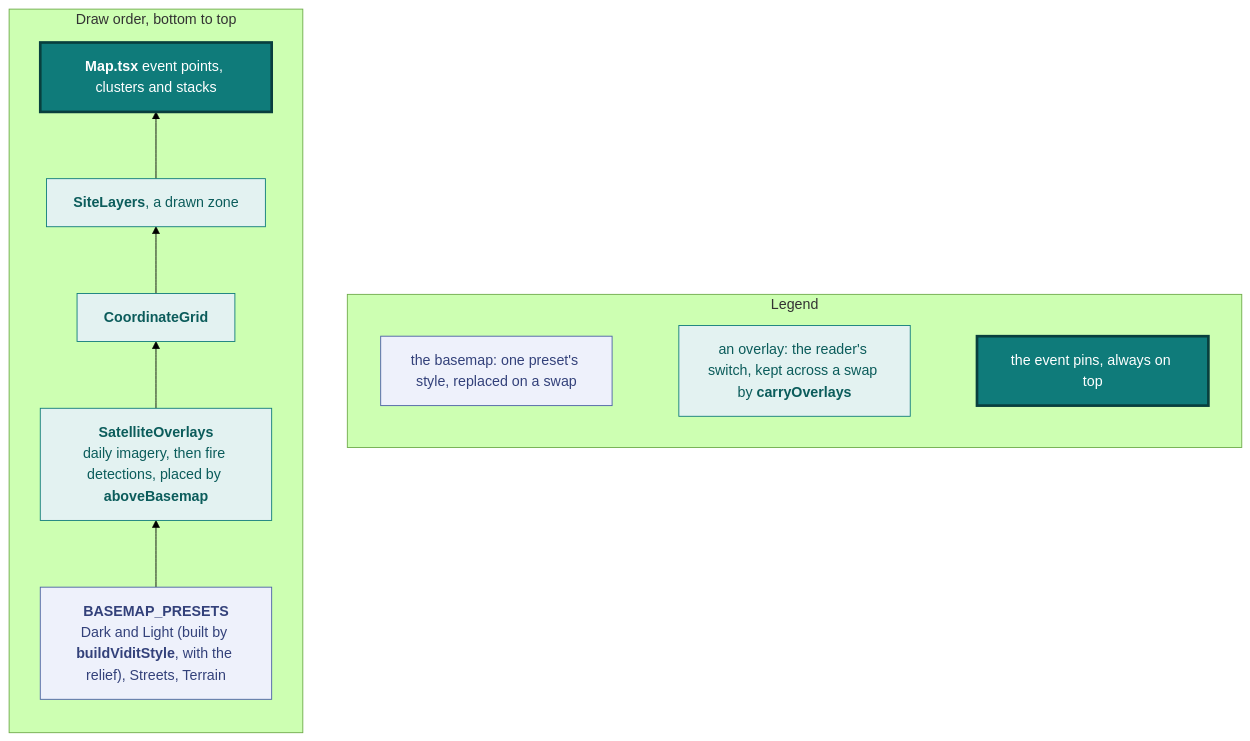
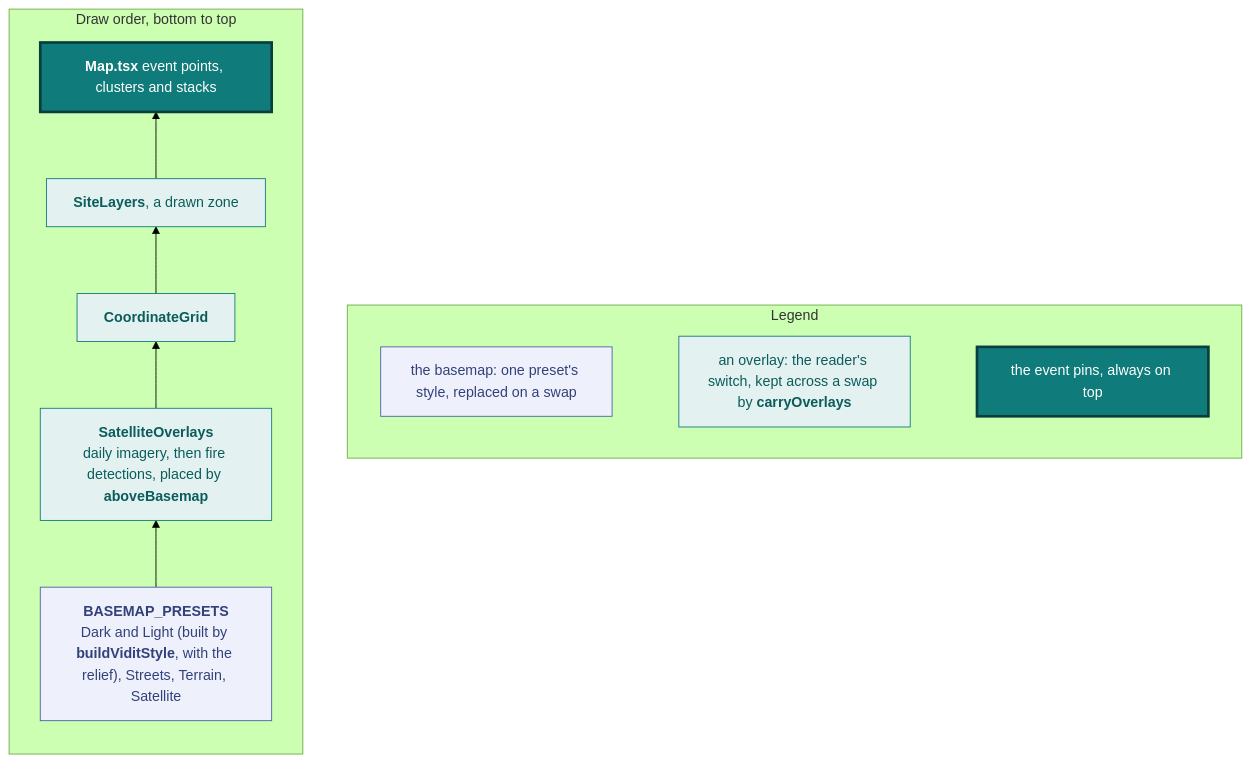
The second of 18 diagrams in docs/design.md (vidithq/vidit), drawn with Mermaid (forest theme) before and after one commit. The commit also changed other lines of this file and 7 other files, not shown here.

````diff
--- a/docs/design.md
+++ b/docs/design.md
@@ -180,26 +180,26 @@
 ```mermaid
 flowchart BT
   classDef spec fill:#eef1fb,stroke:#4a5fa5,color:#33417a
   classDef shared fill:#e3f2f1,stroke:#0f7b7a,color:#0b5c5b
   classDef core fill:#0f7b7a,stroke:#083f3e,stroke-width:3px,color:#ffffff
 
   subgraph legend [Legend]
     direction LR
     l1["`the basemap: one preset's style, replaced on a swap`"]:::spec
     l2["`an overlay: the reader's switch, kept across a swap by **carryOverlays**`"]:::shared
     l3["`the event pins, always on top`"]:::core
     l1 ~~~ l2 ~~~ l3
   end
 
   subgraph stack [Draw order, bottom to top]
     direction BT
     basemap["`**BASEMAP_PRESETS**
-    Dark and Light (built by **buildViditStyle**, with the relief), Streets, Terrain`"]:::spec
+    Dark and Light (built by **buildViditStyle**, with the relief), Streets, Terrain, Satellite`"]:::spec
     imagery["`**SatelliteOverlays**
     daily imagery, then fire detections, placed by **aboveBasemap**`"]:::shared
     grid["`**CoordinateGrid**`"]:::shared
     sites["`**SiteLayers**, a drawn zone`"]:::shared
     pins["`**Map.tsx** event points, clusters and stacks`"]:::core
     basemap --> imagery --> grid --> sites --> pins
   end
 ```
````
